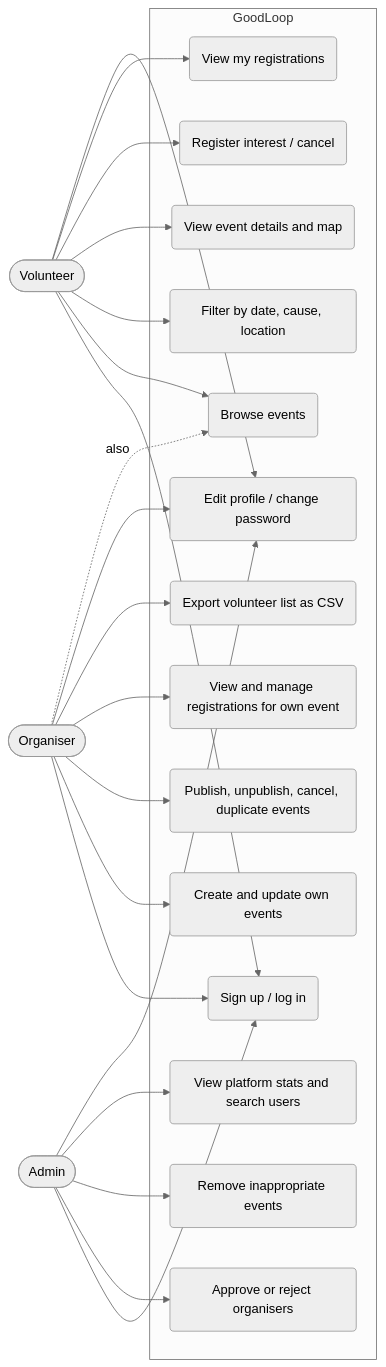
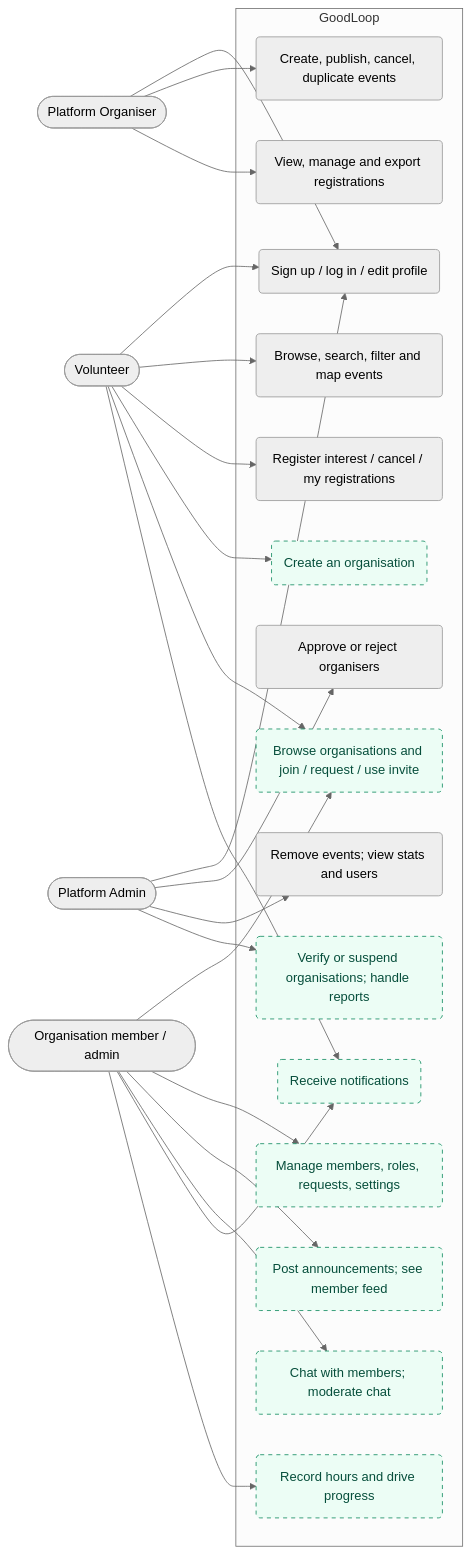
The second of 16 diagrams in docs/PROJECT_REPORT.md (Saransh-Jainbu/goodloop), drawn with Mermaid (neutral theme) before and after one commit. The commit also changed other lines of this file and 37 other files, not shown here.

Commit message:
Report: describe the final system including organisations, with real screenshots and rendered diagrams

````diff
--- a/docs/PROJECT_REPORT.md
+++ b/docs/PROJECT_REPORT.md
@@ -97,26 +181,29 @@
 ```mermaid
 flowchart LR
     V([Volunteer])
-    O([Organiser])
-    A([Admin])
+    O([Platform Organiser])
+    OM([Organisation member / admin])
+    A([Platform Admin])
     subgraph GoodLoop
-        UC1(Sign up / log in)
-        UC2(Browse events)
-        UC3(Filter by date, cause, location)
-        UC4(View event details and map)
-        UC5(Register interest / cancel)
-        UC6(View my registrations)
-        UC11(Edit profile / change password)
-        UC7(Create and update own events)
-        UC12(Publish, unpublish, cancel, duplicate events)
-        UC8(View and manage registrations for own event)
-        UC13(Export volunteer list as CSV)
-        UC9(Approve or reject organisers)
-        UC10(Remove inappropriate events)
-        UC14(View platform stats and search users)
+        UC1(Sign up / log in / edit profile)
+        UC2(Browse, search, filter and map events)
+        UC3(Register interest / cancel / my registrations)
+        UC4(Create, publish, cancel, duplicate events)
+        UC5(View, manage and export registrations)
+        UC6(Approve or reject organisers)
+        UC7(Remove events; view stats and users)
+        UC8("Create an organisation"):::planned
+        UC9("Browse organisations and join / request / use invite"):::planned
+        UC10("Manage members, roles, requests, settings"):::planned
+        UC11("Post announcements; see member feed"):::planned
+        UC12("Chat with members; moderate chat"):::planned
+        UC13("Receive notifications"):::planned
+        UC14("Verify or suspend organisations; handle reports"):::planned
+        UC15("Record hours and drive progress"):::planned
     end
-    V --> UC1 & UC2 & UC3 & UC4 & UC5 & UC6 & UC11
-    O --> UC1 & UC7 & UC12 & UC8 & UC13 & UC11
-    O -. also .-> UC2
-    A --> UC1 & UC9 & UC10 & UC14 & UC11
+    V --> UC1 & UC2 & UC3 & UC8 & UC9 & UC13
+    O --> UC1 & UC4 & UC5
+    OM --> UC9 & UC10 & UC11 & UC12 & UC13 & UC15
+    A --> UC1 & UC6 & UC7 & UC14
+    classDef planned stroke-dasharray: 5 5,stroke:#0f8a5f,fill:#ecfdf5,color:#064e3b;
 ```
````
